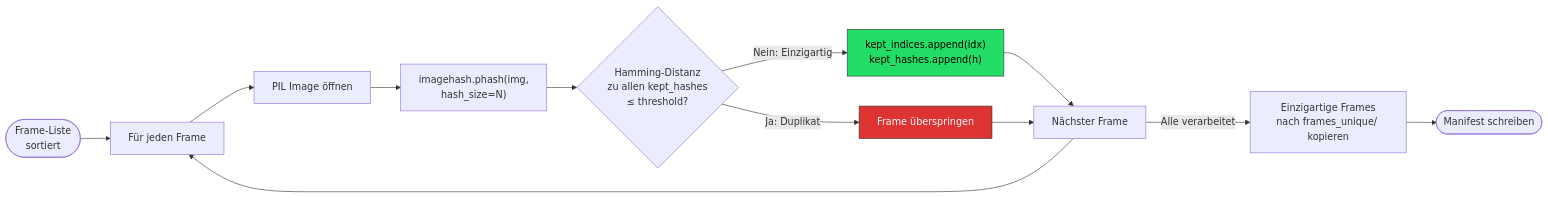
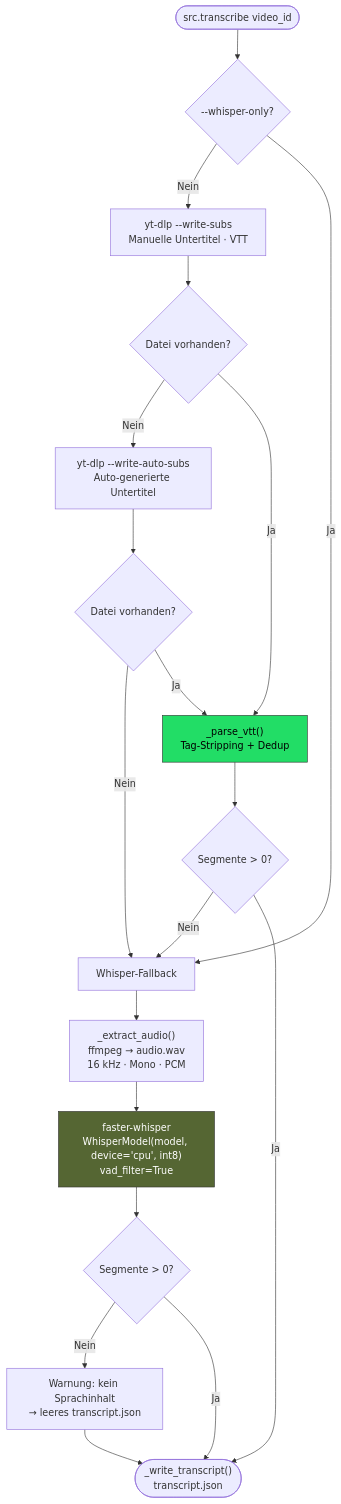
Before and after one commit to thomas0369/frame-sift: the third of 7 diagrams in docs/architecture.md, drawn with Mermaid. The commit also changed other lines of this file and 14 other files, not shown here.

````diff
--- a/docs/architecture.md
+++ b/docs/architecture.md
@@ -40,17 +97,27 @@
 ```mermaid
-flowchart LR
-    START(["Frame-Liste<br/>sortiert"]) --> LOOP["Für jeden Frame"]
-    LOOP --> OPEN["PIL Image öffnen"]
-    OPEN --> HASH["imagehash.phash(img,<br/>hash_size=N)"]
-    HASH --> COMPARE{"Hamming-Distanz<br/>zu allen kept_hashes<br/>≤ threshold?"}
-    COMPARE -->|"Ja: Duplikat"| SKIP["Frame überspringen"]
-    COMPARE -->|"Nein: Einzigartig"| KEEP["kept_indices.append(idx)<br/>kept_hashes.append(h)"]
-    KEEP --> NEXT["Nächster Frame"]
-    SKIP --> NEXT
-    NEXT --> LOOP
-    NEXT -->|"Alle verarbeitet"| COPY["Einzigartige Frames<br/>nach frames_unique/ kopieren"]
-    COPY --> END(["Manifest schreiben"])
+flowchart TD
+    START(["src.transcribe video_id"]) --> SKIP{"--whisper-only?"}
+    SKIP -->|"Nein"| YT["yt-dlp --write-subs\nManuelle Untertitel · VTT"]
+    YT --> MAN{"Datei vorhanden?"}
+    MAN -->|"Nein"| YTA["yt-dlp --write-auto-subs\nAuto-generierte Untertitel"]
+    YTA --> AUTO{"Datei vorhanden?"}
+    AUTO -->|"Nein"| WFALLBACK["Whisper-Fallback"]
+    AUTO -->|"Ja"| PARSE["_parse_vtt()\nTag-Stripping + Dedup"]
+    MAN -->|"Ja"| PARSE
+    PARSE --> SEG{"Segmente > 0?"}
+    SEG -->|"Nein"| WFALLBACK
+    SEG -->|"Ja"| DONE
 
-    style KEEP fill:#2d6,stroke:#333,color:#000
-    style SKIP fill:#d33,stroke:#333,color:#fff
+    SKIP -->|"Ja"| WFALLBACK
+    WFALLBACK --> AUD["_extract_audio()\nffmpeg → audio.wav\n16 kHz · Mono · PCM"]
+    AUD --> WH["faster-whisper\nWhisperModel(model, device='cpu', int8)\nvad_filter=True"]
+    WH --> SEGS{"Segmente > 0?"}
+    SEGS -->|"Nein"| WARN["Warnung: kein Sprachinhalt\n→ leeres transcript.json"]
+    SEGS -->|"Ja"| DONE
+    WARN --> DONE
+
+    DONE(["_write_transcript()\ntranscript.json"])
+
+    style WH fill:#563,stroke:#333,color:#fff
+    style PARSE fill:#2d6,stroke:#333,color:#000
 ```
````
